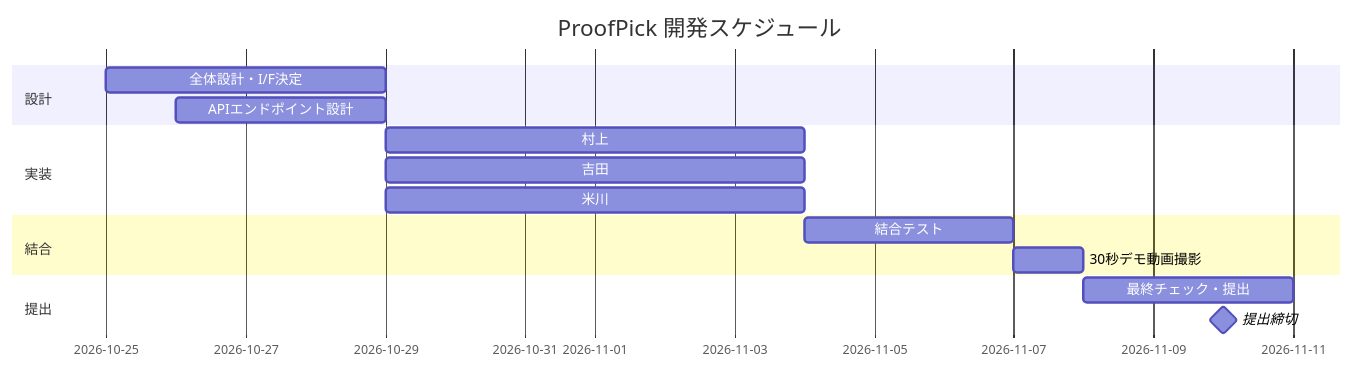
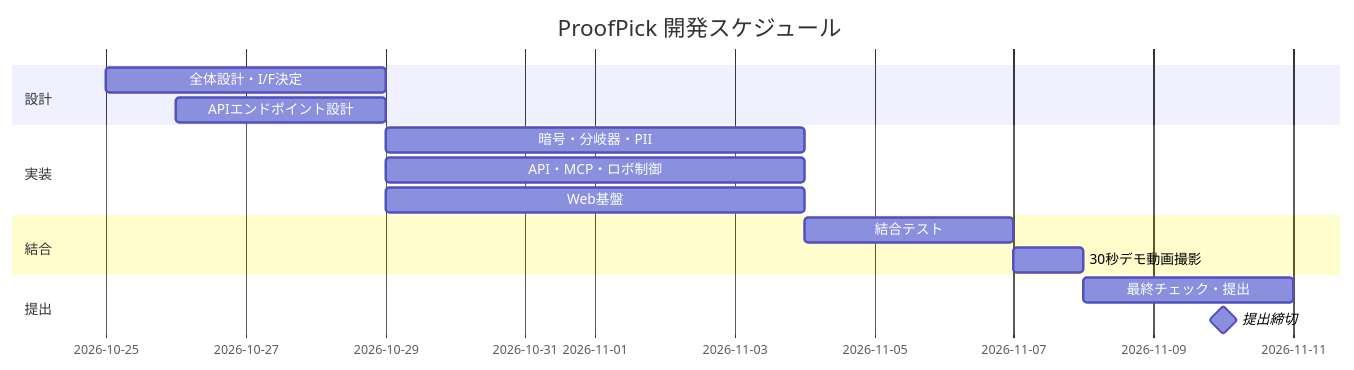
The diagram in README.md (sururu-k/ProofPick), drawn with Mermaid before and after one commit. The commit also changed other lines of this file and 5 other files, not shown here.

````diff
--- a/README.md
+++ b/README.md
@@ -54,18 +50,18 @@
 ```mermaid
 gantt
     title ProofPick 開発スケジュール
     dateFormat  YYYY-MM-DD
     section 設計
     全体設計・I/F決定        :2026-10-25, 4d
     APIエンドポイント設計    :2026-10-26, 3d
     section 実装
-    村上: 暗号・分岐器・PII  :2026-10-29, 6d
-    吉田: API・MCP・ロボ制御 :2026-10-29, 6d
-    米川: Web基盤            :2026-10-29, 6d
+    暗号・分岐器・PII     :2026-10-29, 6d
+    API・MCP・ロボ制御    :2026-10-29, 6d
+    Web基盤              :2026-10-29, 6d
     section 結合
     結合テスト               :2026-11-04, 3d
     30秒デモ動画撮影         :2026-11-07, 1d
     section 提出
     最終チェック・提出       :2026-11-08, 3d
     提出締切                 :milestone, 2026-11-10, 0d
 ```
````
